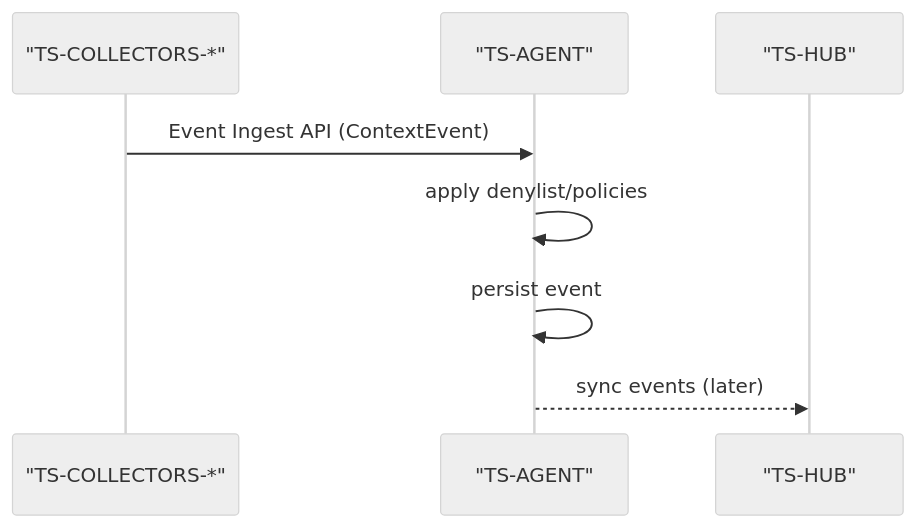
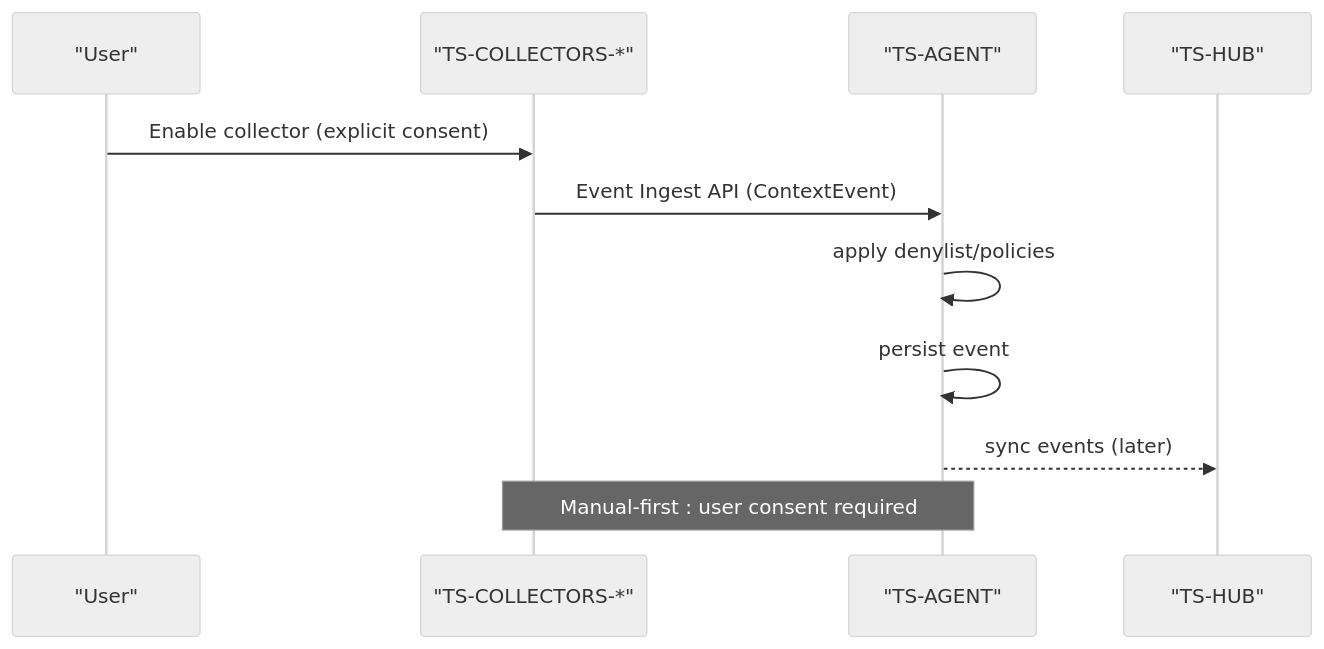
The sixth of 7 diagrams in .qoder/repowiki/en/content/Architecture Decision Records.md (asukhodko/timeskein), drawn with Mermaid (neutral theme) before and after one commit. The commit also changed other lines of this file and 8 other files, not shown here.

First line of the commit message:
docs(architecture): adopt manual-first philosophy as core architectural foundation

````diff
--- a/.qoder/repowiki/en/content/Architecture Decision Records.md
+++ b/.qoder/repowiki/en/content/Architecture Decision Records.md
@@ -307,10 +336,13 @@
 ```mermaid
 sequenceDiagram
+participant User as "User"
 participant Collector as "TS-COLLECTORS-*"
 participant Agent as "TS-AGENT"
 participant Hub as "TS-HUB"
+User->>Collector : Enable collector (explicit consent)
 Collector->>Agent : Event Ingest API (ContextEvent)
 Agent->>Agent : apply denylist/policies
 Agent->>Agent : persist event
 Agent-->>Hub : sync events (later)
+Note over Collector,Agent : Manual-first : user consent required
 ```
````
